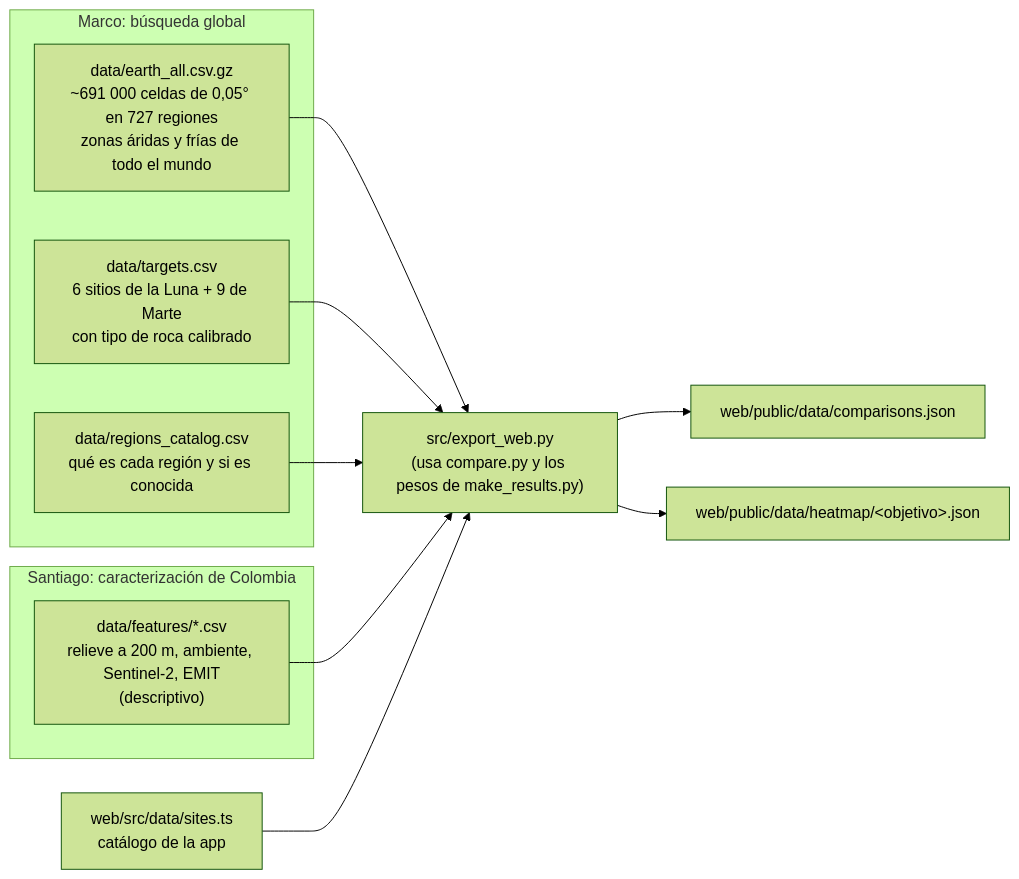
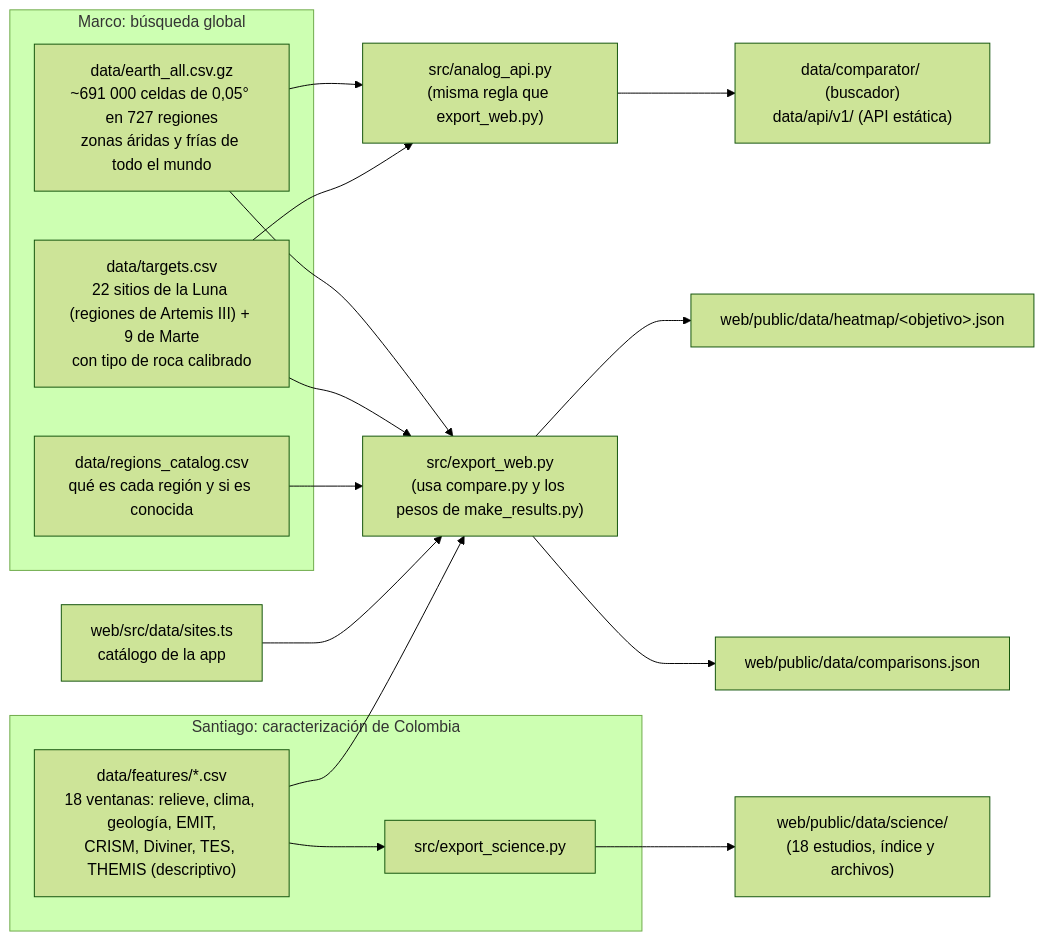
One commit to Mabeltranpe1/NASA_SPACE_APPS_2026 changed the diagram in docs/DATOS_WEB.md. Above: the diagram before and after it, drawn with Mermaid (forest theme). The commit also changed other lines of this file and 438 other files, not shown here.

First line of the commit message:
feat: integración del equipo (22 sitios lunares, ciencia regional y API) con un solo puntaje

````diff
--- a/docs/DATOS_WEB.md
+++ b/docs/DATOS_WEB.md
@@ -7,22 +7,27 @@
 ```mermaid
 flowchart LR
     subgraph Marco["Marco: búsqueda global"]
         E["data/earth_all.csv.gz<br/>~691 000 celdas de 0,05° en 727 regiones<br/>zonas áridas y frías de todo el mundo"]
-        T["data/targets.csv<br/>6 sitios de la Luna + 9 de Marte<br/>con tipo de roca calibrado"]
+        T["data/targets.csv<br/>22 sitios de la Luna (regiones de Artemis III) + 9 de Marte<br/>con tipo de roca calibrado"]
         R["data/regions_catalog.csv<br/>qué es cada región y si es conocida"]
     end
     subgraph Santiago["Santiago: caracterización de Colombia"]
-        F["data/features/*.csv<br/>relieve a 200 m, ambiente, Sentinel-2, EMIT<br/>(descriptivo)"]
+        F["data/features/*.csv<br/>18 ventanas: relieve, clima, geología, EMIT,<br/>CRISM, Diviner, TES, THEMIS (descriptivo)"]
+        S["src/export_science.py"]
     end
     C["web/src/data/sites.ts<br/>catálogo de la app"]
     X["src/export_web.py<br/>(usa compare.py y los pesos de make_results.py)"]
     J1["web/public/data/comparisons.json"]
     J2["web/public/data/heatmap/&lt;objetivo&gt;.json"]
     E --> X
     T --> X
     R --> X
     F --> X
     C --> X
     X --> J1
     X --> J2
+    F --> S --> J3["web/public/data/science/<br/>(18 estudios, índice y archivos)"]
+    E --> A["src/analog_api.py<br/>(misma regla que export_web.py)"]
+    T --> A
+    A --> J4["data/comparator/ (buscador)<br/>data/api/v1/ (API estática)"]
 ```
````
